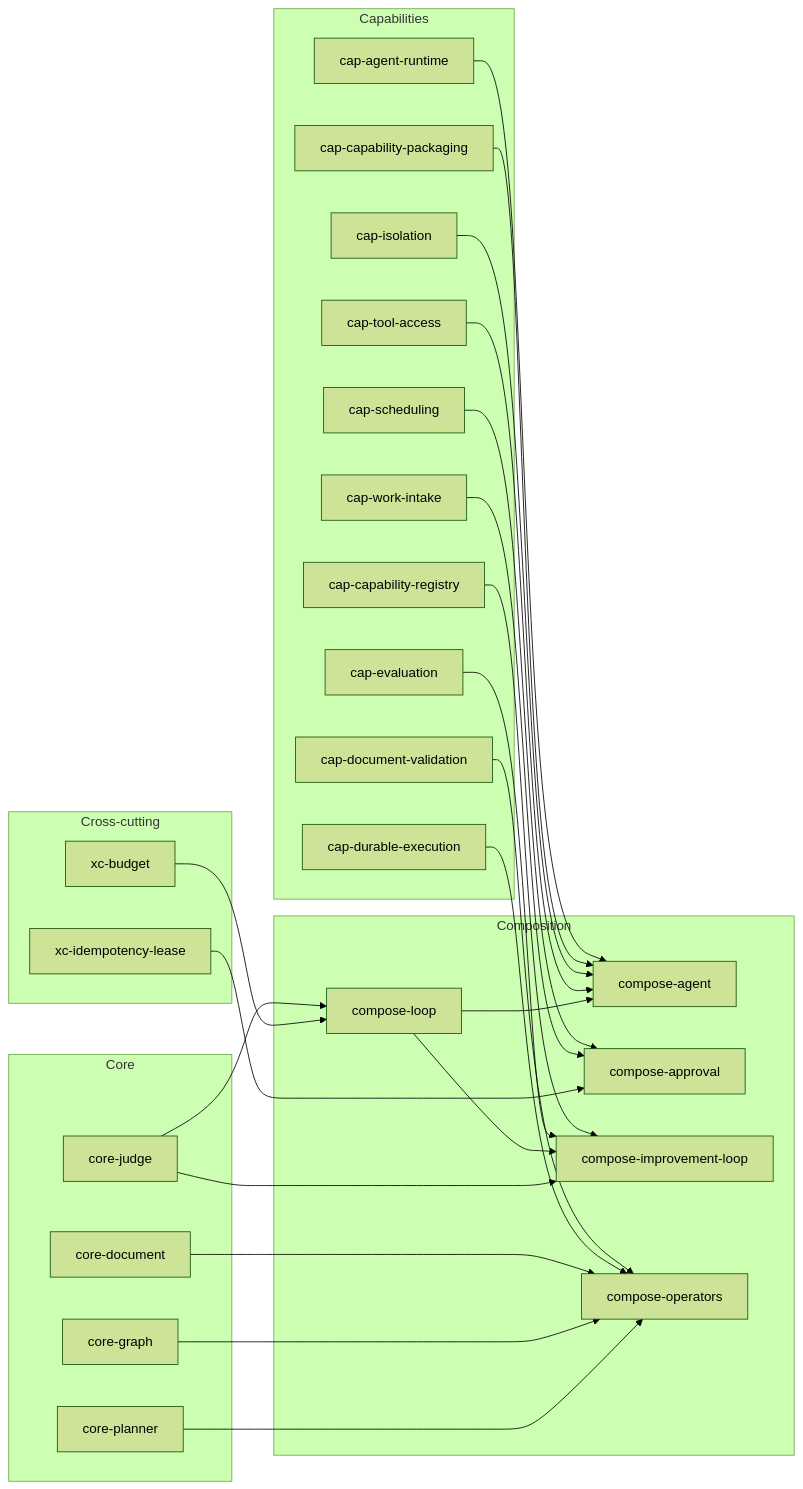
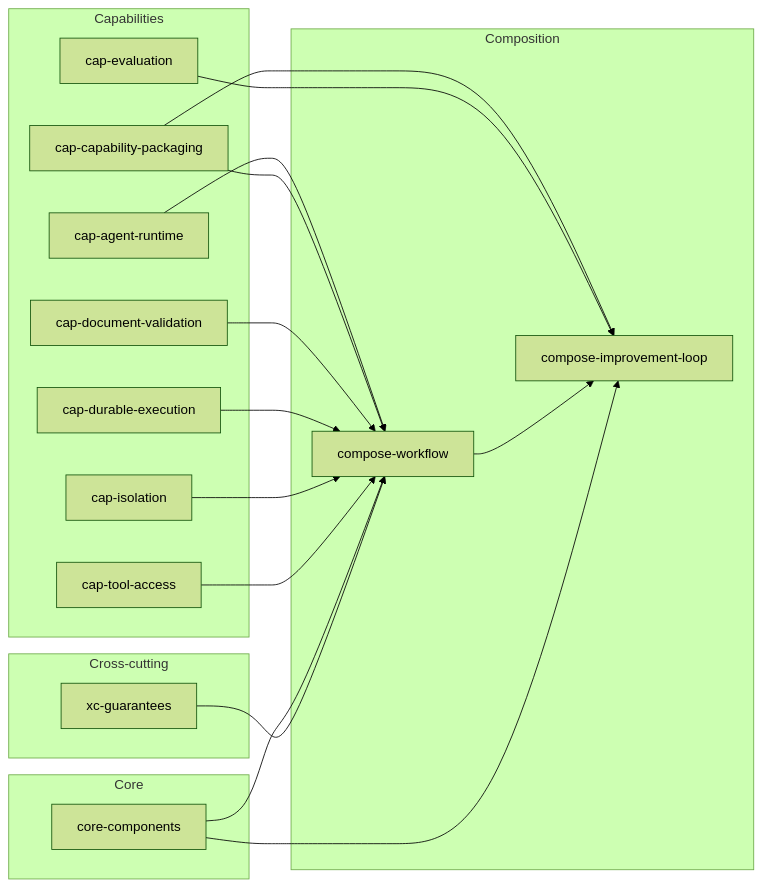
Before and after one commit to Dadlorian/AGENT: the fifth of 10 diagrams in docs/skill-graph.md, drawn with Mermaid (forest theme). The commit also changed other lines of this file and 406 other files, not shown here.

````diff
--- a/docs/skill-graph.md
+++ b/docs/skill-graph.md
@@ -272,51 +217,34 @@
 ```mermaid
 graph LR
     subgraph core_["Core"]
-        core-document
-        core-graph
-        core-judge
-        core-planner
+        core-components
     end
     subgraph cap_["Capabilities"]
         cap-agent-runtime
         cap-capability-packaging
-        cap-capability-registry
         cap-document-validation
         cap-durable-execution
         cap-evaluation
         cap-isolation
-        cap-scheduling
         cap-tool-access
-        cap-work-intake
     end
     subgraph xc_["Cross-cutting"]
-        xc-budget
-        xc-idempotency-lease
+        xc-guarantees
     end
     subgraph compose_["Composition"]
-        compose-agent
-        compose-approval
         compose-improvement-loop
-        compose-loop
-        compose-operators
+        compose-workflow
     end
-    cap-agent-runtime --> compose-agent
-    cap-capability-packaging --> compose-agent
-    cap-isolation --> compose-agent
-    cap-tool-access --> compose-agent
-    compose-loop --> compose-agent
-    cap-scheduling --> compose-approval
-    cap-work-intake --> compose-approval
-    xc-idempotency-lease --> compose-approval
-    cap-capability-registry --> compose-improvement-loop
+    cap-capability-packaging --> compose-improvement-loop
     cap-evaluation --> compose-improvement-loop
-    compose-loop --> compose-improvement-loop
-    core-judge --> compose-improvement-loop
-    core-judge --> compose-loop
-    xc-budget --> compose-loop
-    cap-document-validation --> compose-operators
-    cap-durable-execution --> compose-operators
-    core-document --> compose-operators
-    core-graph --> compose-operators
-    core-planner --> compose-operators
+    compose-workflow --> compose-improvement-loop
+    core-components --> compose-improvement-loop
+    cap-agent-runtime --> compose-workflow
+    cap-capability-packaging --> compose-workflow
+    cap-document-validation --> compose-workflow
+    cap-durable-execution --> compose-workflow
+    cap-isolation --> compose-workflow
+    cap-tool-access --> compose-workflow
+    core-components --> compose-workflow
+    xc-guarantees --> compose-workflow
 ```
````
